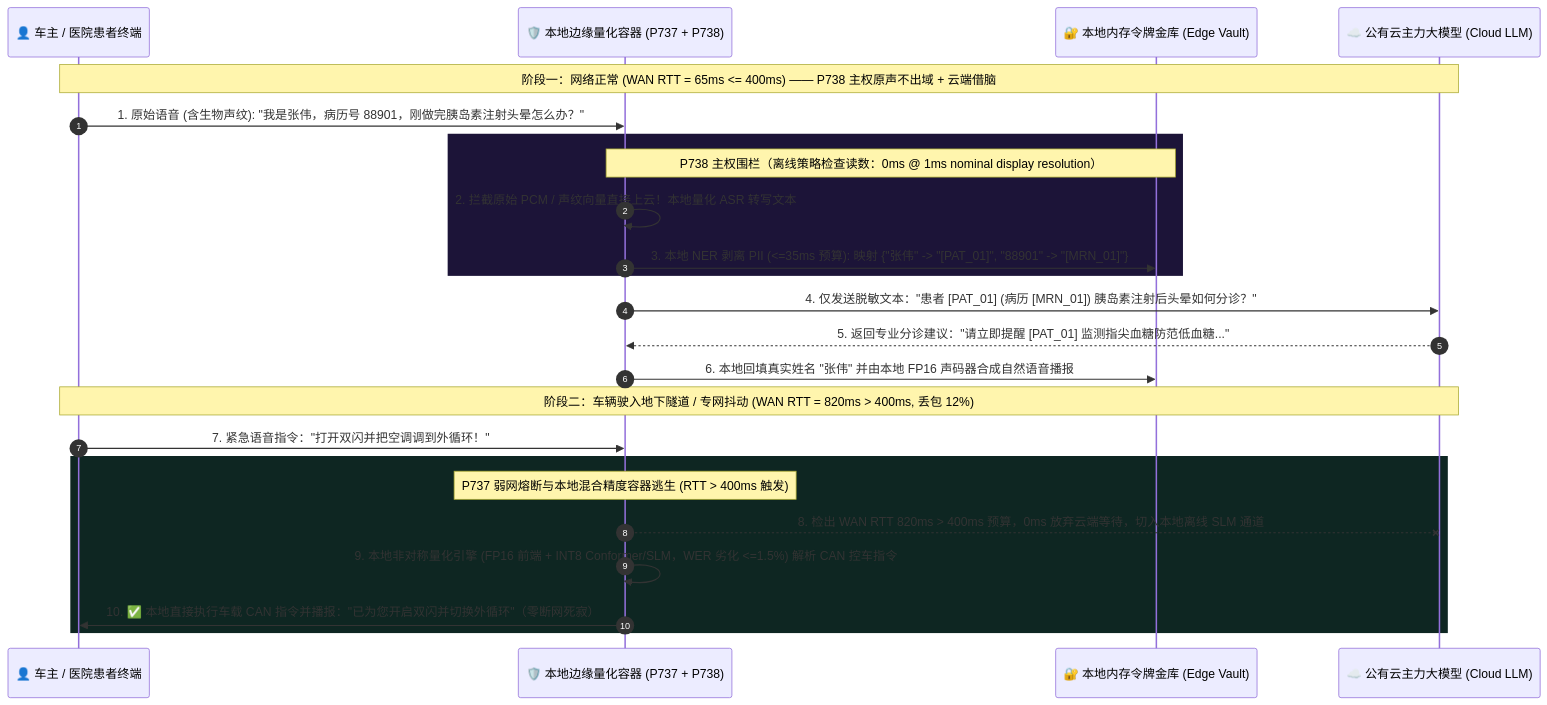
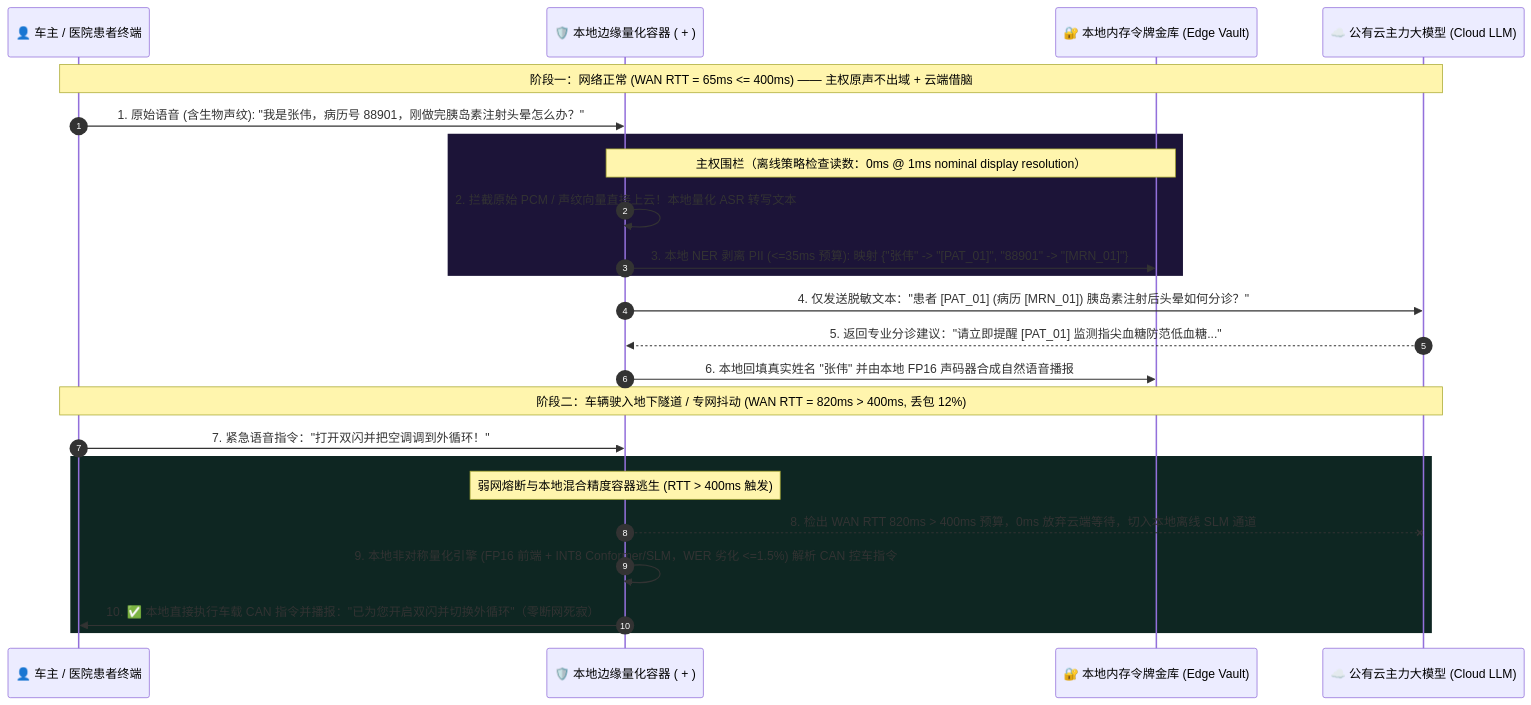
Before and after one commit to turbo998/voice-agent-lab: the third of 3 diagrams in docs/voice-edge-cloud-quantized-container-failover-faq.md, drawn with Mermaid. The commit also changed other lines of this file and 715 other files, not shown here.

````diff
--- a/docs/voice-edge-cloud-quantized-container-failover-faq.md
+++ b/docs/voice-edge-cloud-quantized-container-failover-faq.md
@@ -121,28 +121,28 @@
 ```mermaid
 sequenceDiagram
-    autonumber
-    participant User as 👤 车主 / 医院患者终端
-    participant Edge as 🛡️ 本地边缘量化容器 (P737 + P738)
-    participant Vault as 🔐 本地内存令牌金库 (Edge Vault)
-    participant Cloud as ☁️ 公有云主力大模型 (Cloud LLM)
+ autonumber
+ participant User as 👤 车主 / 医院患者终端
+ participant Edge as 🛡️ 本地边缘量化容器 ( + )
+ participant Vault as 🔐 本地内存令牌金库 (Edge Vault)
+ participant Cloud as ☁️ 公有云主力大模型 (Cloud LLM)
 
-    Note over User,Cloud: 阶段一：网络正常 (WAN RTT = 65ms <= 400ms) —— P738 主权原声不出域 + 云端借脑
-    User->>Edge: 1. 原始语音 (含生物声纹): "我是张伟，病历号 88901，刚做完胰岛素注射头晕怎么办？"
-    rect rgb(28, 20, 56)
-        Note over Edge,Vault: P738 主权围栏（离线策略检查读数：0ms @ 1ms nominal display resolution）
-        Edge->>Edge: 2. 拦截原始 PCM / 声纹向量直接上云！本地量化 ASR 转写文本
-        Edge->>Vault: 3. 本地 NER 剥离 PII (<=35ms 预算): 映射 {"张伟" -> "[PAT_01]", "88901" -> "[MRN_01]"}
-    end
-    Edge->>Cloud: 4. 仅发送脱敏文本："患者 [PAT_01] (病历 [MRN_01]) 胰岛素注射后头晕如何分诊？"
-    Cloud-->>Edge: 5. 返回专业分诊建议："请立即提醒 [PAT_01] 监测指尖血糖防范低血糖..."
-    Edge->>Vault: 6. 本地回填真实姓名 "张伟" 并由本地 FP16 声码器合成自然语音播报
+ Note over User,Cloud: 阶段一：网络正常 (WAN RTT = 65ms <= 400ms) —— 主权原声不出域 + 云端借脑
+ User->>Edge: 1. 原始语音 (含生物声纹): "我是张伟，病历号 88901，刚做完胰岛素注射头晕怎么办？"
+ rect rgb(28, 20, 56)
+ Note over Edge,Vault: 主权围栏（离线策略检查读数：0ms @ 1ms nominal display resolution）
+ Edge->>Edge: 2. 拦截原始 PCM / 声纹向量直接上云！本地量化 ASR 转写文本
+ Edge->>Vault: 3. 本地 NER 剥离 PII (<=35ms 预算): 映射 {"张伟" -> "[PAT_01]", "88901" -> "[MRN_01]"}
+ end
+ Edge->>Cloud: 4. 仅发送脱敏文本："患者 [PAT_01] (病历 [MRN_01]) 胰岛素注射后头晕如何分诊？"
+ Cloud-->>Edge: 5. 返回专业分诊建议："请立即提醒 [PAT_01] 监测指尖血糖防范低血糖..."
+ Edge->>Vault: 6. 本地回填真实姓名 "张伟" 并由本地 FP16 声码器合成自然语音播报
 
-    Note over User,Cloud: 阶段二：车辆驶入地下隧道 / 专网抖动 (WAN RTT = 820ms > 400ms, 丢包 12%)
-    User->>Edge: 7. 紧急语音指令："打开双闪并把空调调到外循环！"
-    rect rgb(14, 38, 34)
-        Note over Edge: P737 弱网熔断与本地混合精度容器逃生 (RTT > 400ms 触发)
-        Edge--xCloud: 8. 检出 WAN RTT 820ms > 400ms 预算，0ms 放弃云端等待，切入本地离线 SLM 通道
-        Edge->>Edge: 9. 本地非对称量化引擎 (FP16 前端 + INT8 Conformer/SLM，WER 劣化 <=1.5%) 解析 CAN 控车指令
-        Edge->>User: 10. ✅ 本地直接执行车载 CAN 指令并播报："已为您开启双闪并切换外循环"（零断网死寂）
-    end
+ Note over User,Cloud: 阶段二：车辆驶入地下隧道 / 专网抖动 (WAN RTT = 820ms > 400ms, 丢包 12%)
+ User->>Edge: 7. 紧急语音指令："打开双闪并把空调调到外循环！"
+ rect rgb(14, 38, 34)
+ Note over Edge: 弱网熔断与本地混合精度容器逃生 (RTT > 400ms 触发)
+ Edge--xCloud: 8. 检出 WAN RTT 820ms > 400ms 预算，0ms 放弃云端等待，切入本地离线 SLM 通道
+ Edge->>Edge: 9. 本地非对称量化引擎 (FP16 前端 + INT8 Conformer/SLM，WER 劣化 <=1.5%) 解析 CAN 控车指令
+ Edge->>User: 10. ✅ 本地直接执行车载 CAN 指令并播报："已为您开启双闪并切换外循环"（零断网死寂）
+ end
 ```
````
